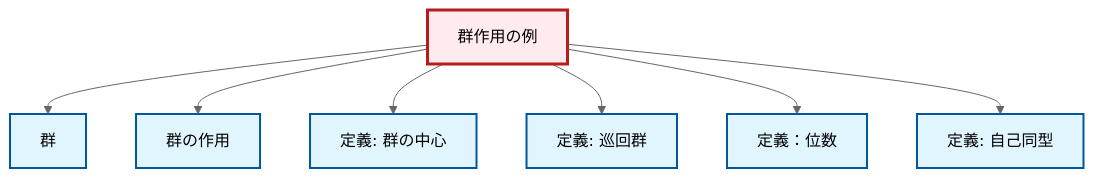
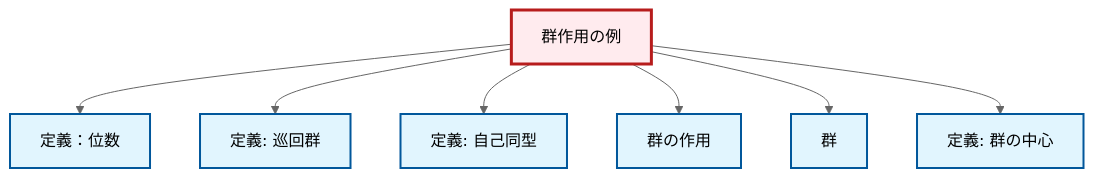
The diagram in content/ja/algebra/ex-group-action-examples.qmd (RK0429/ModernMath), drawn with Mermaid (neutral theme) before and after one commit. The commit also changed other lines of this file and 1012 other files, not shown here.

````diff
--- a/content/ja/algebra/ex-group-action-examples.qmd
+++ b/content/ja/algebra/ex-group-action-examples.qmd
@@ -78,29 +78,29 @@
 ```{mermaid}
 %%| fig-cap: "Local dependency graph"
 graph TD
     classDef definition fill:#e1f5fe,stroke:#01579b,stroke-width:2px
     classDef theorem fill:#f3e5f5,stroke:#4a148c,stroke-width:2px
     classDef axiom fill:#fff3e0,stroke:#e65100,stroke-width:2px
     classDef example fill:#e8f5e9,stroke:#1b5e20,stroke-width:2px
     classDef current fill:#ffebee,stroke:#b71c1c,stroke-width:3px
-    def-automorphism["定義: 自己同型"]:::definition
     def-cyclic-group["定義: 巡回群"]:::definition
     def-order["定義：位数"]:::definition
+    def-group-action["群の作用"]:::definition
+    def-center-of-group["定義: 群の中心"]:::definition
+    def-automorphism["定義: 自己同型"]:::definition
     ex-group-action-examples["群作用の例"]:::example
-    def-center-of-group["定義: 群の中心"]:::definition
-    def-group-action["群の作用"]:::definition
     def-group["群"]:::definition
+    ex-group-action-examples --> def-order
+    ex-group-action-examples --> def-cyclic-group
+    ex-group-action-examples --> def-automorphism
+    ex-group-action-examples --> def-group-action
     ex-group-action-examples --> def-group
-    ex-group-action-examples --> def-group-action
     ex-group-action-examples --> def-center-of-group
-    ex-group-action-examples --> def-cyclic-group
-    ex-group-action-examples --> def-order
-    ex-group-action-examples --> def-automorphism
     class ex-group-action-examples current
-    click def-automorphism "def-automorphism.html" "自己同型の定義へ"
     click def-cyclic-group "def-cyclic-group.html" "巡回群の定義へ"
     click def-order "def-order.html" "定義：位数へ"
+    click def-group-action "def-group-action.html" "群の作用へ"
     click def-center-of-group "def-center-of-group.html" "群の中心の定義へ"
-    click def-group-action "def-group-action.html" "群の作用へ"
+    click def-automorphism "def-automorphism.html" "自己同型の定義へ"
     click def-group "def-group.html" "群へ"
 ```
````
